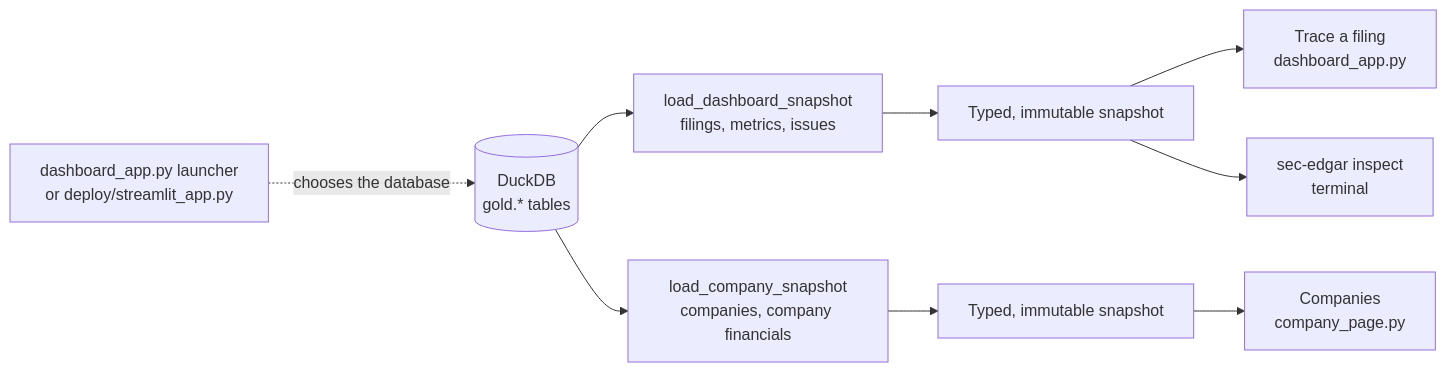
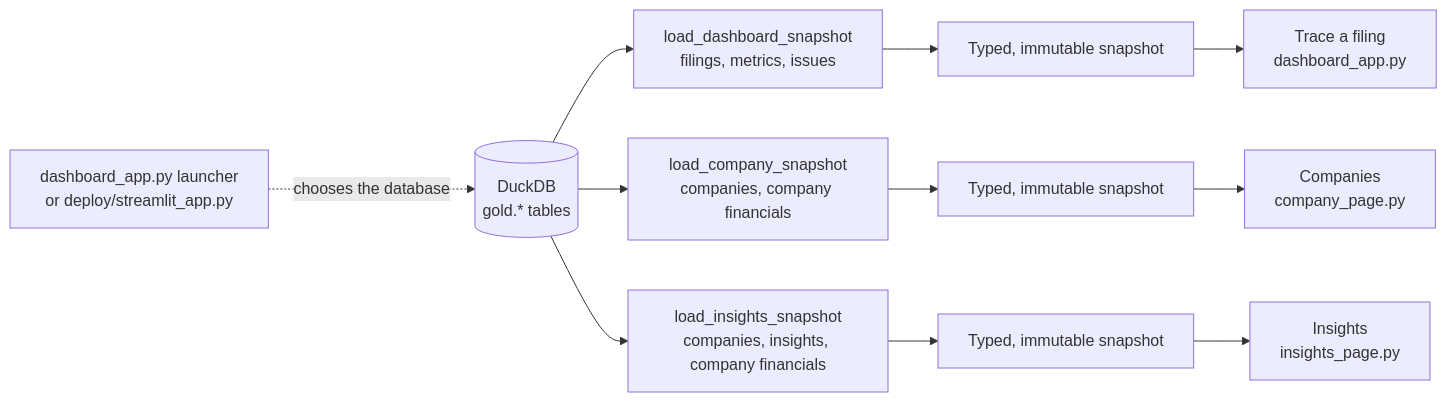
The first of 4 diagrams in docs/architectures/dashboard.md (dhirajkk91/sec-edgar-financial-data-lakehouse), drawn with Mermaid before and after one commit. The commit also changed other lines of this file and 111 other files, not shown here.

````diff
--- a/docs/architectures/dashboard.md
+++ b/docs/architectures/dashboard.md
@@ -26,11 +26,13 @@
 ```mermaid
 flowchart LR
     DB[("DuckDB<br/>gold.* tables")] --> R1["load_dashboard_snapshot<br/>filings, metrics, issues"]
     DB --> R2["load_company_snapshot<br/>companies, company financials"]
+    DB --> R3["load_insights_snapshot<br/>companies, insights, company financials"]
     R1 --> S1["Typed, immutable snapshot"]
     R2 --> S2["Typed, immutable snapshot"]
+    R3 --> S3["Typed, immutable snapshot"]
     S1 --> T["Trace a filing<br/>dashboard_app.py"]
     S2 --> C["Companies<br/>company_page.py"]
-    S1 --> I["sec-edgar inspect<br/>terminal"]
+    S3 --> N["Insights<br/>insights_page.py"]
     L["dashboard_app.py launcher<br/>or deploy/streamlit_app.py"] -. "chooses the database" .-> DB
 ```
````
